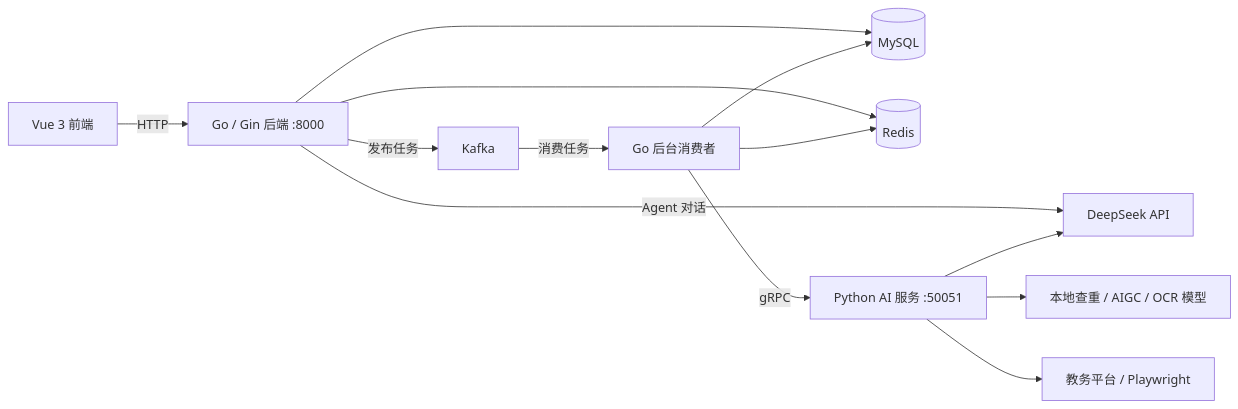
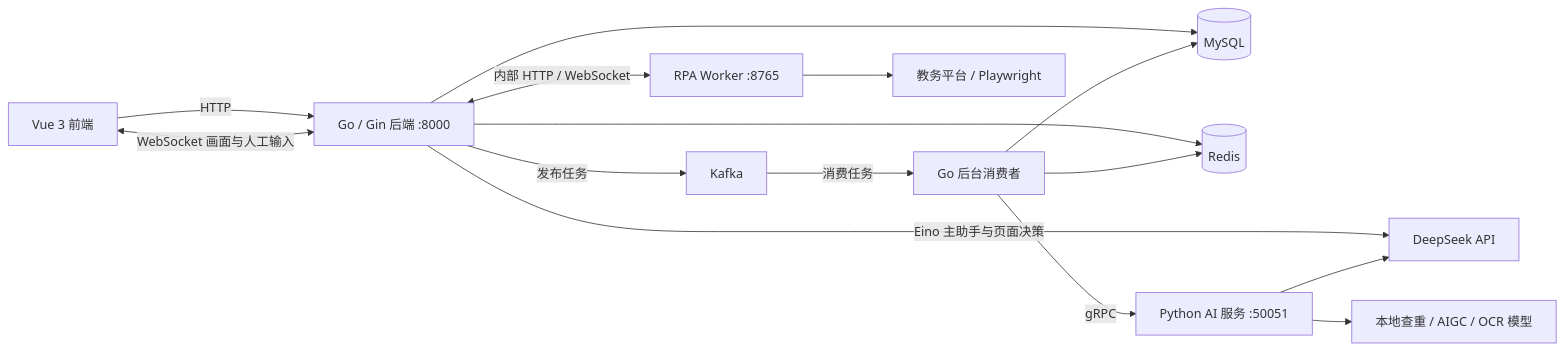
Before and after one commit to dddzzzq/LLM_TEACH_ASSISTANT: the diagram in README.md, drawn with Mermaid. The commit also changed other lines of this file and 104 other files, not shown here.

````diff
--- a/README.md
+++ b/README.md
@@ -19,15 +21,17 @@
 ```mermaid
 flowchart LR
     Frontend[Vue 3 前端] -->|HTTP| Go[Go / Gin 后端 :8000]
+    Frontend <-->|WebSocket 画面与人工输入| Go
     Go --> MySQL[(MySQL)]
     Go --> Redis[(Redis)]
     Go -->|发布任务| Kafka[Kafka]
     Kafka -->|消费任务| Worker[Go 后台消费者]
-    Go -->|Agent 对话| DeepSeek[DeepSeek API]
+    Go -->|Eino 主助手与页面决策| DeepSeek[DeepSeek API]
     Worker -->|gRPC| Python[Python AI 服务 :50051]
     Python --> DeepSeek
     Python --> Models[本地查重 / AIGC / OCR 模型]
-    Python --> Portal[教务平台 / Playwright]
+    Go <-->|内部 HTTP / WebSocket| RPA[RPA Worker :8765]
+    RPA --> Portal[教务平台 / Playwright]
     Worker --> MySQL
     Worker --> Redis
 ```
````
